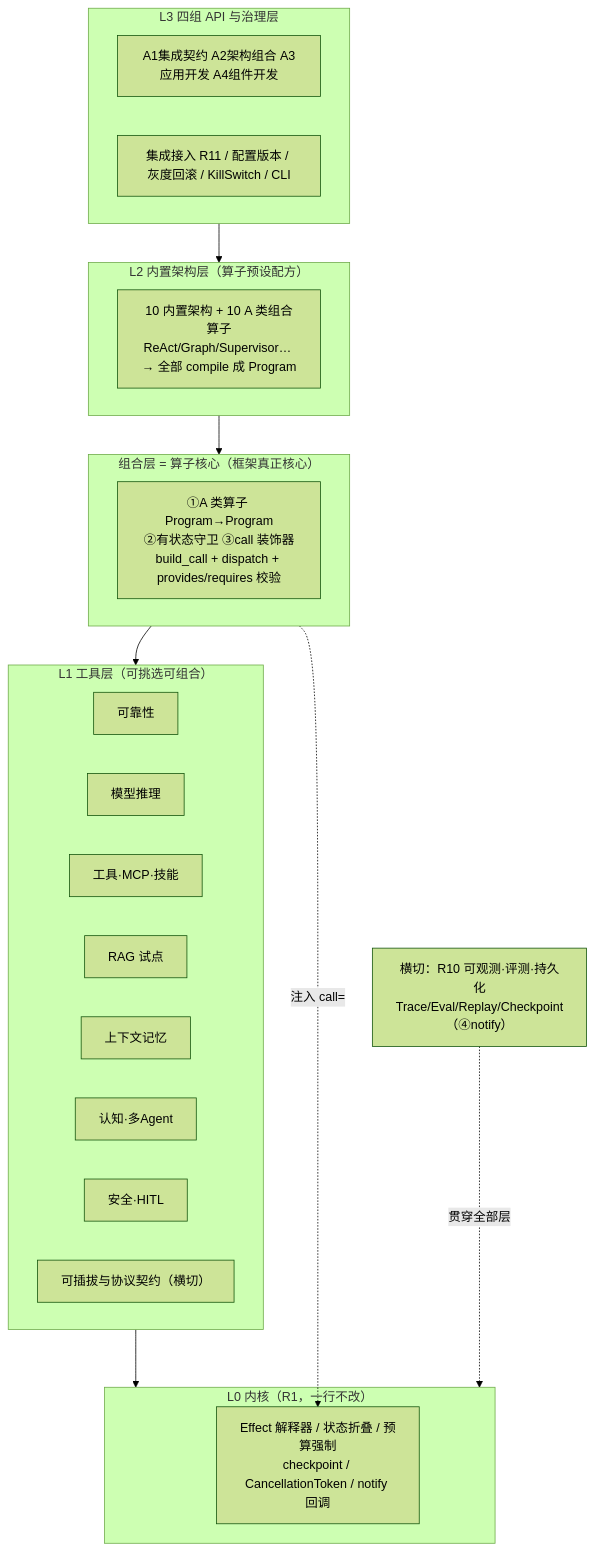
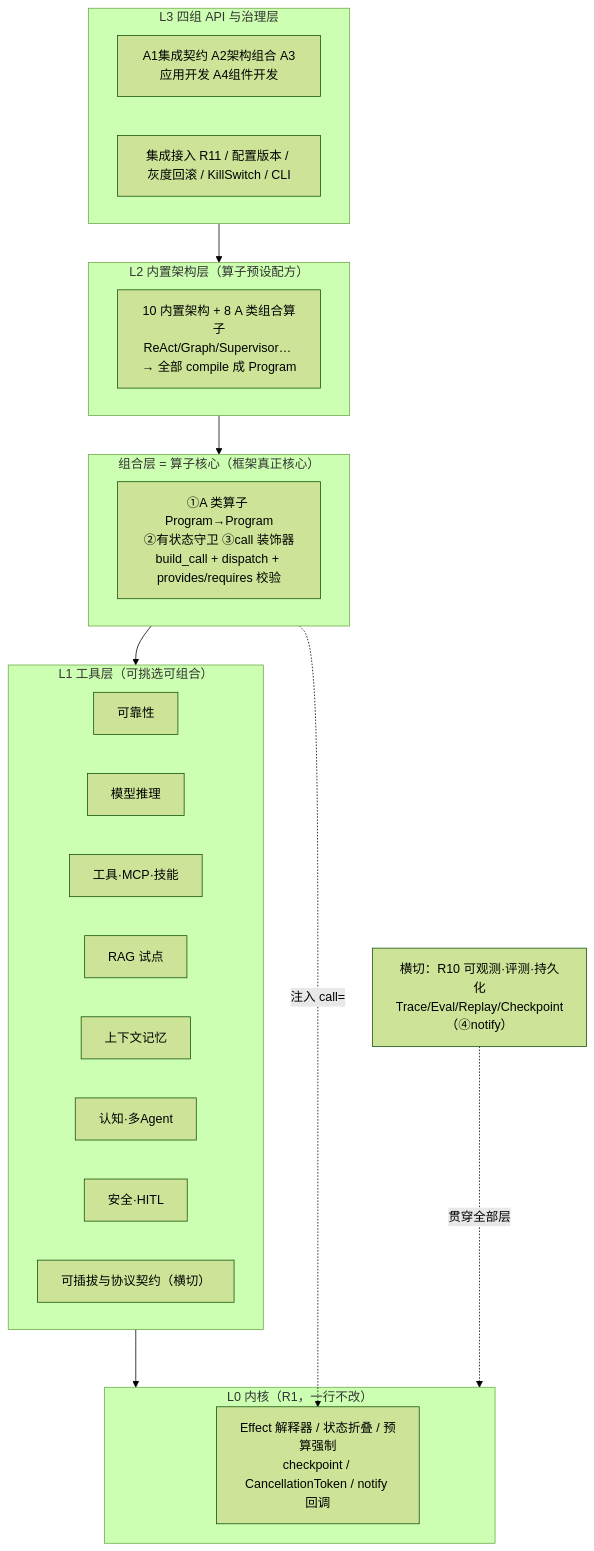
One commit to sao-lang/lll changed the first of 13 diagrams in docs/01-总览与设计/AGENT-总设计.md. Above: the diagram before and after it, drawn with Mermaid (forest theme). The commit also changed other lines of this file and 143 other files, not shown here.

````diff
--- a/docs/01-总览与设计/AGENT-总设计.md
+++ b/docs/01-总览与设计/AGENT-总设计.md
@@ -104,25 +105,25 @@
 ```mermaid
 flowchart TD
     subgraph L3["L3 四组 API 与治理层"]
         API["A1集成契约 A2架构组合 A3应用开发 A4组件开发"]
         GOV["集成接入 R11 / 配置版本 / 灰度回滚 / KillSwitch / CLI"]
     end
     subgraph L2["L2 内置架构层（算子预设配方）"]
-        R12["10 内置架构 + 10 A 类组合算子<br/>ReAct/Graph/Supervisor… → 全部 compile 成 Program"]
+        R12["10 内置架构 + 8 A 类组合算子<br/>ReAct/Graph/Supervisor… → 全部 compile 成 Program"]
     end
     subgraph LC["组合层 = 算子核心（框架真正核心）"]
         OPS["①A 类算子 Program→Program<br/>②有状态守卫 ③call 装饰器<br/>build_call + dispatch + provides/requires 校验"]
     end
     subgraph L1L["L1 工具层（可挑选可组合）"]
         R3["可靠性"]; R4["模型推理"]; R5["工具·MCP·技能"]
         R6["RAG 试点"]; R7["上下文记忆"]; R8["认知·多Agent"]; R9["安全·HITL"]
         R13["可插拔与协议契约（横切）"]
     end
     subgraph L0L["L0 内核（R1，一行不改）"]
         R1["Effect 解释器 / 状态折叠 / 预算强制<br/>checkpoint / CancellationToken / notify 回调"]
     end
     OBS["横切：R10 可观测·评测·持久化<br/>Trace/Eval/Replay/Checkpoint（④notify）"]
     L3 --> L2 --> LC --> L1L --> L0L
     LC -.注入 call=.-> R1
     OBS -.贯穿全部层.-> L0L
 ```
````
